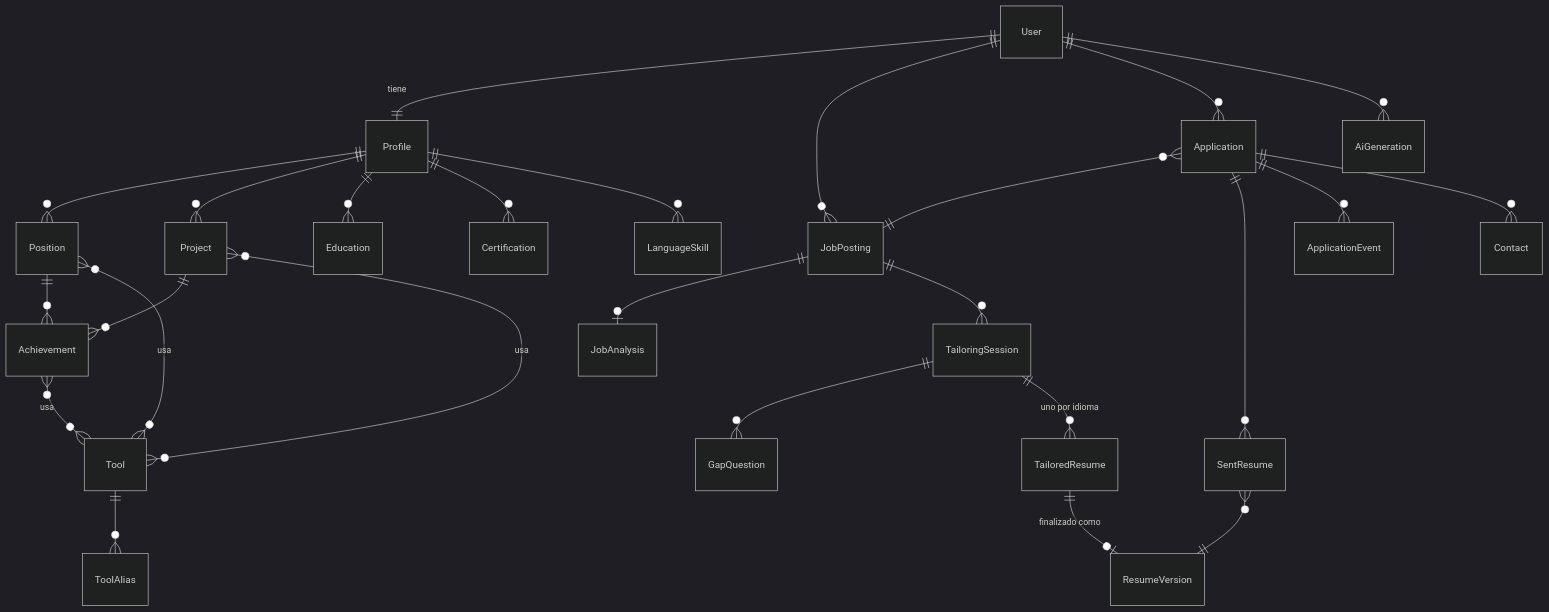
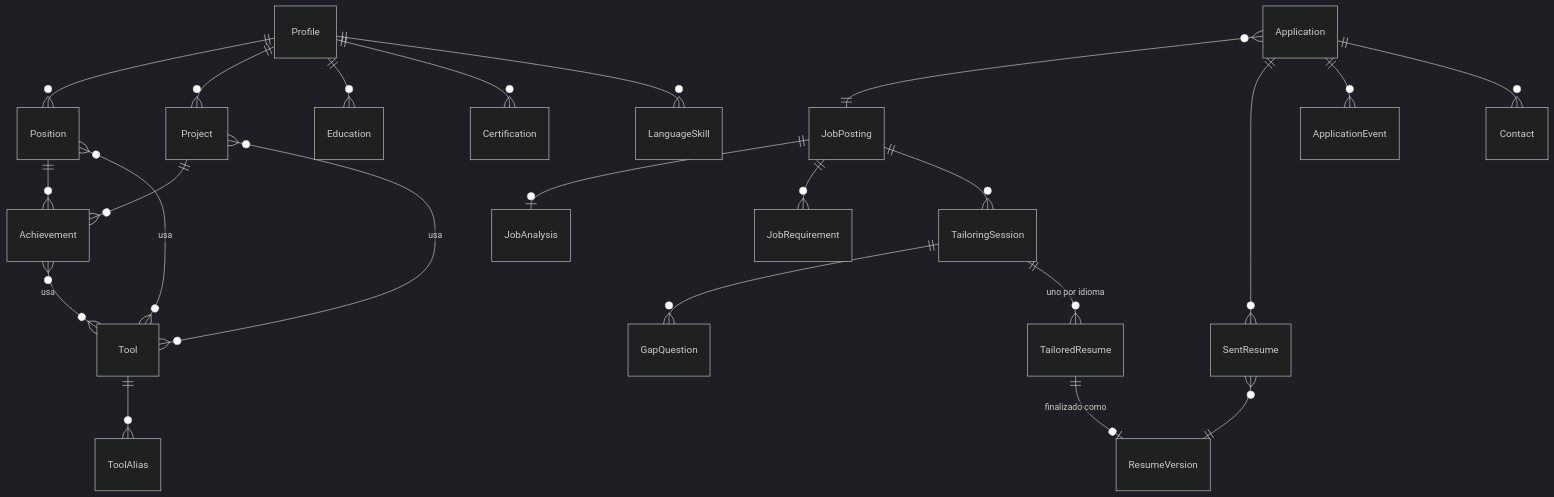
One commit to BTRC-Solutions/careerly changed the second of 3 diagrams in ARCHITECTURE.md. Above: the diagram before and after it, drawn with Mermaid (dark theme). The commit also changed other lines of this file and 3 other files, not shown here.

Commit message:
docs: arch, req, roadmap & styles markdowns

````diff
--- a/ARCHITECTURE.md
+++ b/ARCHITECTURE.md
@@ -132,28 +199,25 @@
 ```mermaid
 erDiagram
-    User ||--|| Profile : tiene
     Profile ||--o{ Position : ""
     Profile ||--o{ Project : ""
     Profile ||--o{ Education : ""
     Profile ||--o{ Certification : ""
     Profile ||--o{ LanguageSkill : ""
     Position ||--o{ Achievement : ""
     Project ||--o{ Achievement : ""
     Achievement }o--o{ Tool : usa
     Position }o--o{ Tool : usa
     Project }o--o{ Tool : usa
     Tool ||--o{ ToolAlias : ""
-    User ||--o{ JobPosting : ""
     JobPosting ||--o| JobAnalysis : ""
+    JobPosting ||--o{ JobRequirement : ""
     JobPosting ||--o{ TailoringSession : ""
     TailoringSession ||--o{ GapQuestion : ""
     TailoringSession ||--o{ TailoredResume : "uno por idioma"
     TailoredResume ||--o| ResumeVersion : "finalizado como"
-    User ||--o{ Application : ""
     Application }o--|| JobPosting : ""
     Application ||--o{ SentResume : ""
     SentResume }o--|| ResumeVersion : ""
     Application ||--o{ ApplicationEvent : ""
     Application ||--o{ Contact : ""
-    User ||--o{ AiGeneration : ""
 ```
````
